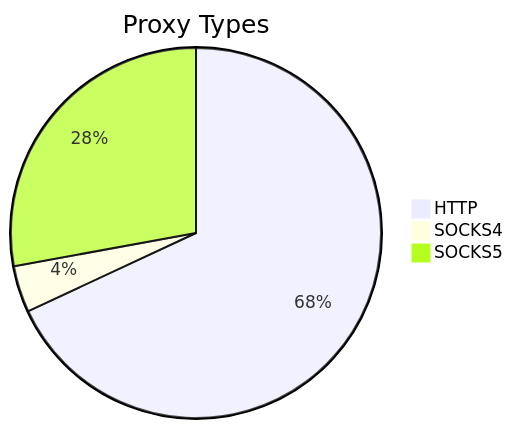
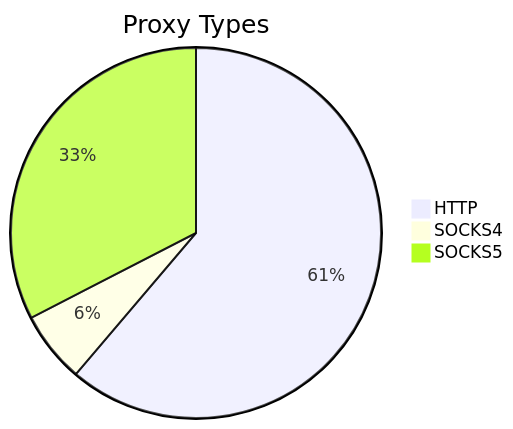
The first of 2 diagrams in README.md (stormsia/proxy-list), drawn with Mermaid before and after one commit. The commit also changed other lines of this file, not shown here.

````diff
--- a/README.md
+++ b/README.md
@@ -21,6 +21,6 @@
 ```mermaid
 pie title Proxy Types
-    "HTTP" : 586
-    "SOCKS4" : 35
-    "SOCKS5" : 240
+    "HTTP" : 532
+    "SOCKS4" : 54
+    "SOCKS5" : 283
 ```
````
